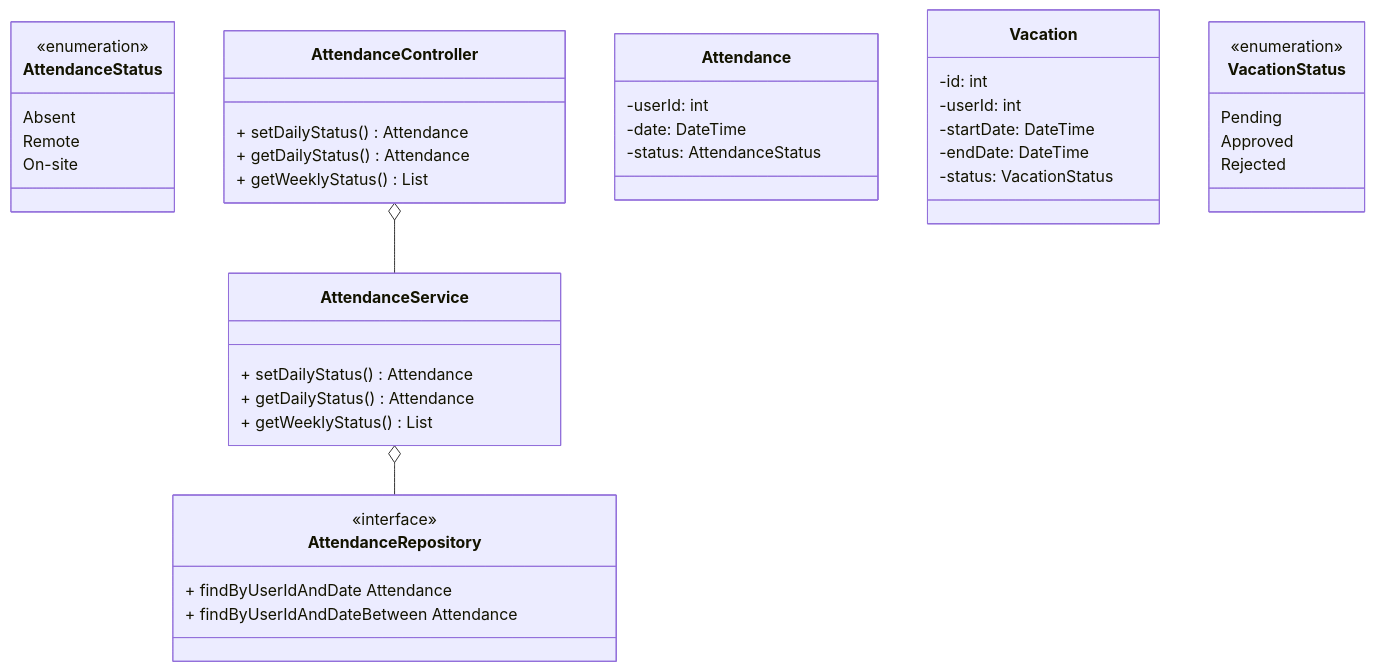
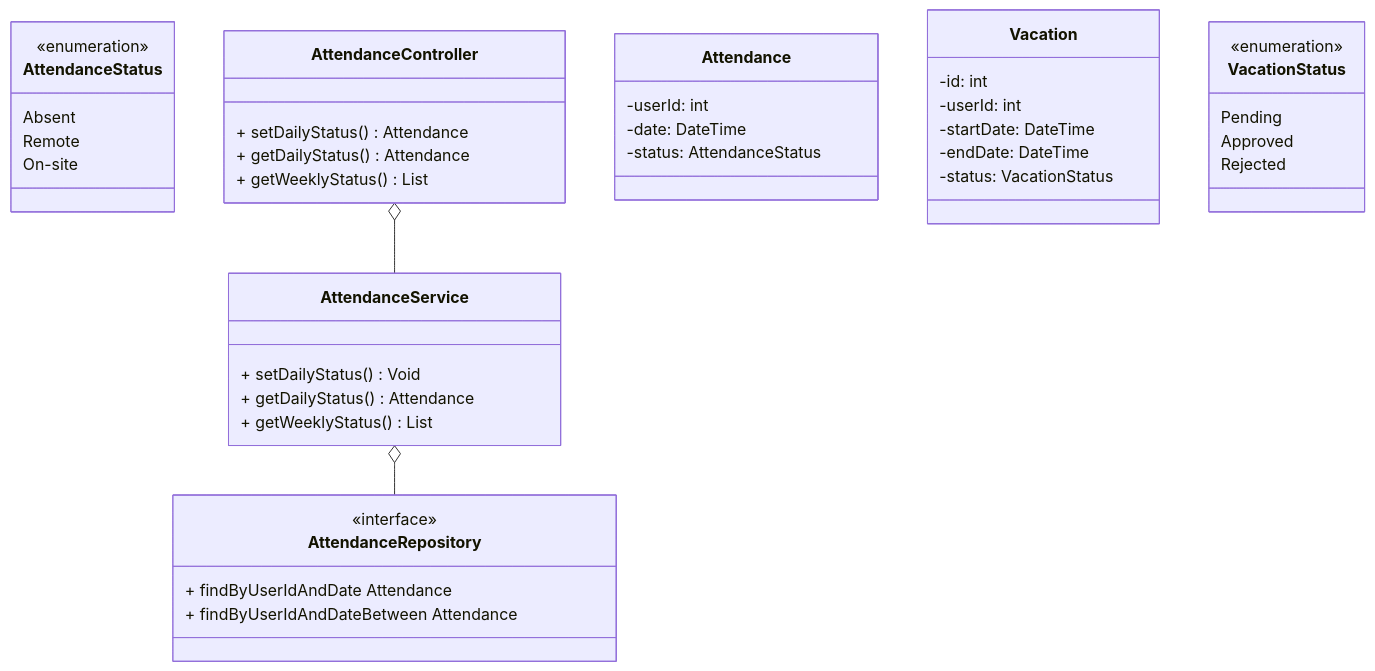
The seventh of 10 diagrams in profile/README.md (wrak-fra5-belbasalla7mar/.github), drawn with Mermaid before and after one commit.

````diff
--- a/profile/README.md
+++ b/profile/README.md
@@ -323,47 +323,47 @@
 ```mermaid
 classDiagram
 class AttendanceStatus{
 <<enumeration>>
 Absent
 Remote
 On-site
 }
 class AttendanceService{
-+ setDailyStatus() Attendance
++ setDailyStatus() Void
 + getDailyStatus() Attendance
 + getWeeklyStatus() List<Attendance>
 }
 class AttendanceController{
 + setDailyStatus () Attendance
 + getDailyStatus () Attendance
 + getWeeklyStatus() List<Attendance>
 }
 class AttendanceRepository{
 <<interface>>
 + findByUserIdAndDate Attendance
 + findByUserIdAndDateBetween Attendance
 }
 
 class Attendance{
 -userId: int
 -date: DateTime
 -status: AttendanceStatus 
 }
 
 class Vacation{
 -id: int
 -userId: int
 -startDate: DateTime
 -endDate: DateTime
 -status: VacationStatus
 }
 class VacationStatus{
 <<enumeration>>
 Pending
 Approved
 Rejected 
 }
 AttendanceController o-- AttendanceService
 AttendanceService o-- AttendanceRepository
 
 ```
````
